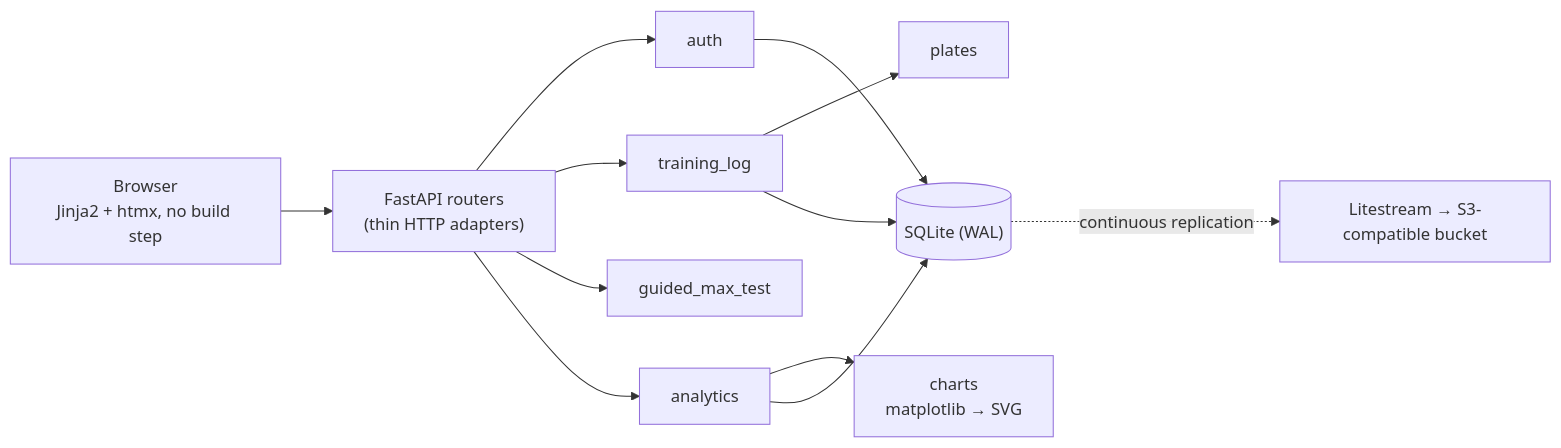
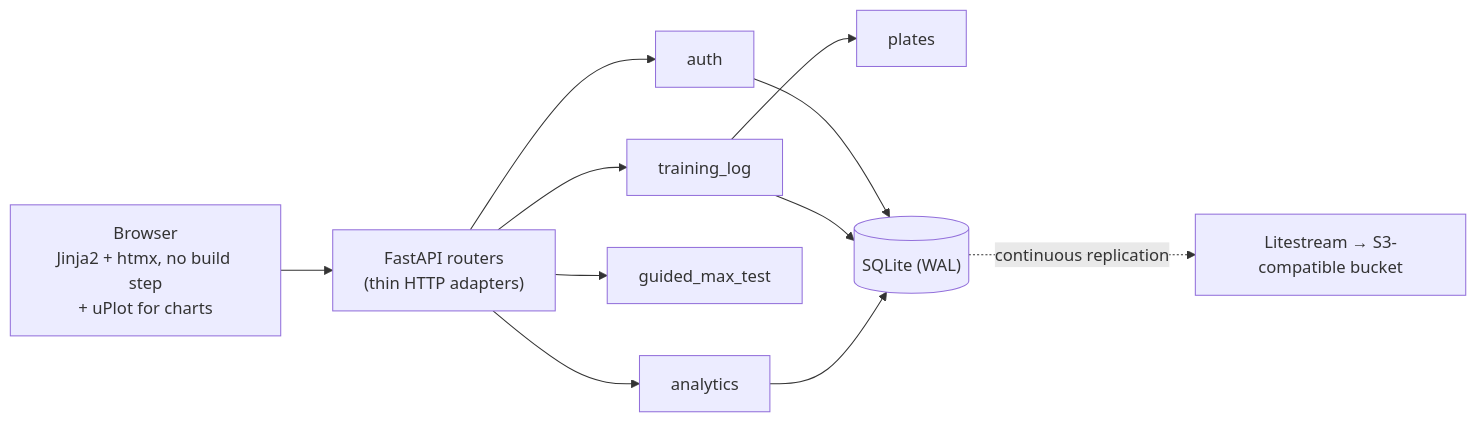
The diagram in README.md (lboehme/griptrack), drawn with Mermaid before and after one commit. The commit also changed other lines of this file and 4 other files, not shown here.

````diff
--- a/README.md
+++ b/README.md
@@ -128,14 +128,13 @@
 ```mermaid
 flowchart LR
-    B["Browser<br/>Jinja2 + htmx, no build step"] --> R["FastAPI routers<br/>(thin HTTP adapters)"]
+    B["Browser<br/>Jinja2 + htmx, no build step<br/>+ uPlot for charts"] --> R["FastAPI routers<br/>(thin HTTP adapters)"]
     R --> AU[auth]
     R --> TL[training_log]
     R --> GM[guided_max_test]
     R --> AN[analytics]
     TL --> PL[plates]
-    AN --> CH["charts<br/>matplotlib → SVG"]
     AU --> DB[("SQLite (WAL)")]
     TL --> DB
     AN --> DB
     DB -. continuous replication .-> LS["Litestream → S3-compatible bucket"]
 ```
````
